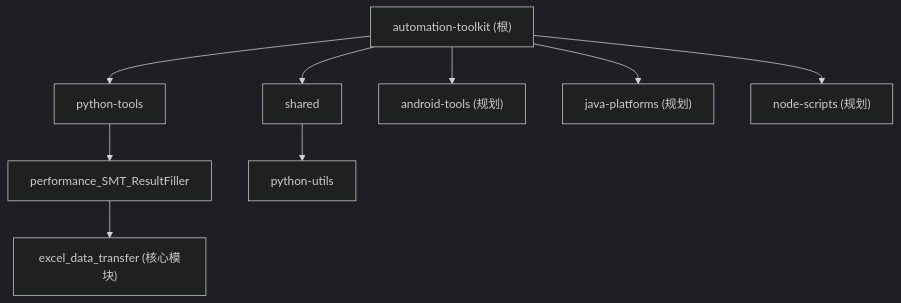
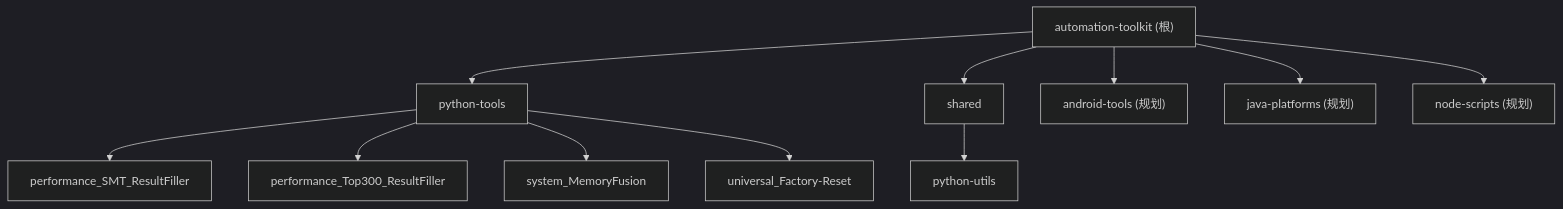
One commit to DUElost/automation-toolkit changed the diagram in CLAUDE.md. Above: the diagram before and after it, drawn with Mermaid (dark theme). The commit also changed other lines of this file and 1 other file, not shown here.

Commit message:
docs: update project documentation with new tools

````diff
--- a/CLAUDE.md
+++ b/CLAUDE.md
@@ -49,16 +53,19 @@
 ```mermaid
 graph TD
     A["automation-toolkit (根)"] --> B["python-tools"];
     A --> C["shared"];
     A --> D["android-tools (规划)"];
     A --> E["java-platforms (规划)"];
     A --> F["node-scripts (规划)"];
 
     B --> G["performance_SMT_ResultFiller"];
-    G --> H["excel_data_transfer (核心模块)"];
+    B --> H["performance_Top300_ResultFiller"];
+    B --> I["system_MemoryFusion"];
+    B --> J["universal_Factory-Reset"];
 
-    C --> I["python-utils"];
+    C --> K["python-utils"];
 
-    click G "./python-tools/performance_SMT_ResultFiller/CLAUDE.md" "查看 performance_SMT_ResultFiller 模块文档"
-    click I "./shared/python-utils/CLAUDE.md" "查看 python-utils 模块文档"
+    click G "./python-tools/performance_SMT_ResultFiller/CLAUDE.md" "查看 SMT Result Filler"
+    click H "./python-tools/performance_Top300_ResultFiller/CLAUDE.md" "查看 Top300 Result Filler"
+    click K "./shared/python-utils/CLAUDE.md" "查看 python-utils"
 ```
````
